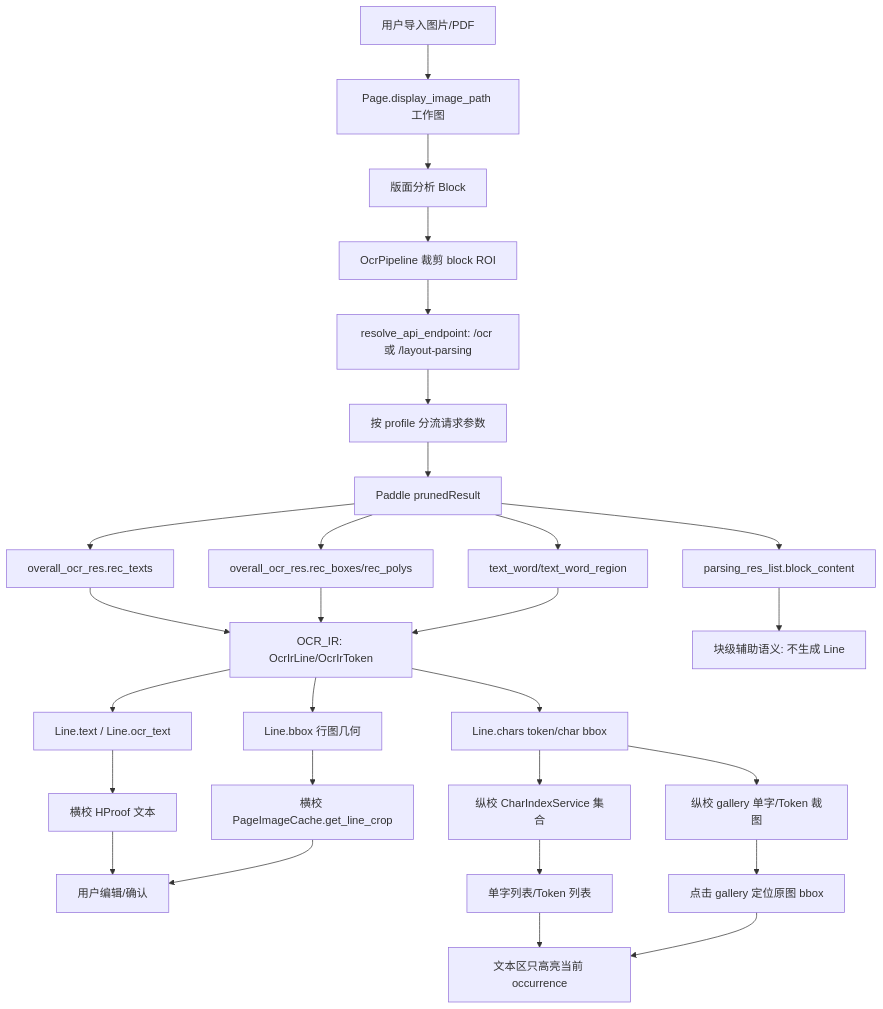
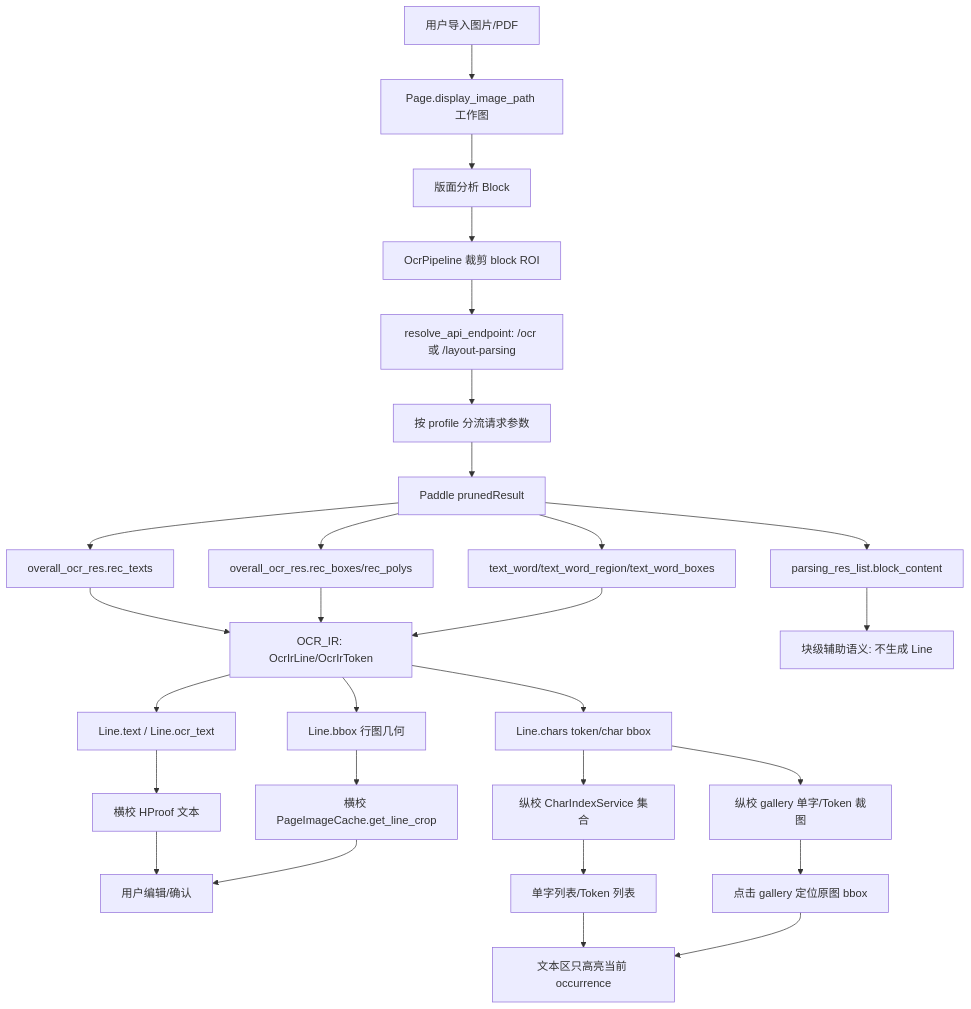
The diagram in ocr-logic-chain.md (zhanghuai-z/ocr_process_review), drawn with Mermaid before and after one commit. The commit also changed other lines of this file and 4 other files, not shown here.

````diff
--- a/ocr-logic-chain.md
+++ b/ocr-logic-chain.md
@@ -119,34 +130,34 @@
 ```mermaid
 flowchart TD
     A[用户导入图片/PDF] --> B[Page.display_image_path 工作图]
     B --> C[版面分析 Block]
     C --> D[OcrPipeline 裁剪 block ROI]
     D --> E[resolve_api_endpoint: /ocr 或 /layout-parsing]
     E --> F[按 profile 分流请求参数]
     F --> G[Paddle prunedResult]
 
     G --> H1[overall_ocr_res.rec_texts]
     G --> H2[overall_ocr_res.rec_boxes/rec_polys]
-    G --> H3[text_word/text_word_region]
+    G --> H3[text_word/text_word_region/text_word_boxes]
     G --> H4[parsing_res_list.block_content]
 
     H1 --> IR[OCR_IR: OcrIrLine/OcrIrToken]
     H2 --> IR
     H3 --> IR
     IR --> I[Line.text / Line.ocr_text]
     IR --> J[Line.bbox 行图几何]
     IR --> K[Line.chars token/char bbox]
     H4 --> L[块级辅助语义: 不生成 Line]
 
     I --> M[横校 HProof 文本]
     J --> N[横校 PageImageCache.get_line_crop]
     K --> O[纵校 CharIndexService 集合]
     K --> P[纵校 gallery 单字/Token 裁图]
 
     M --> Q[用户编辑/确认]
     N --> Q
     O --> R[单字列表/Token 列表]
     P --> S[点击 gallery 定位原图 bbox]
     R --> T[文本区只高亮当前 occurrence]
     S --> T
 ```
````
